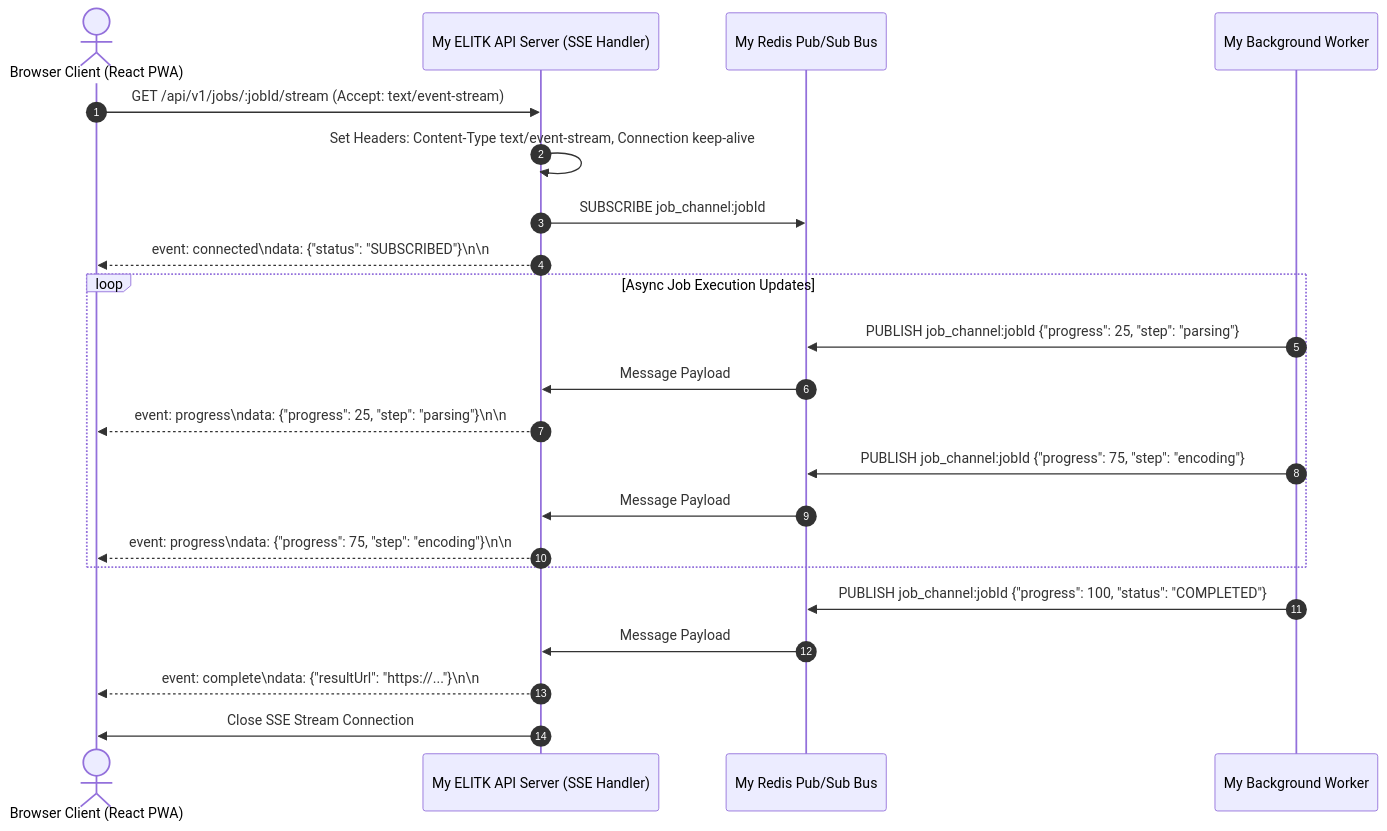
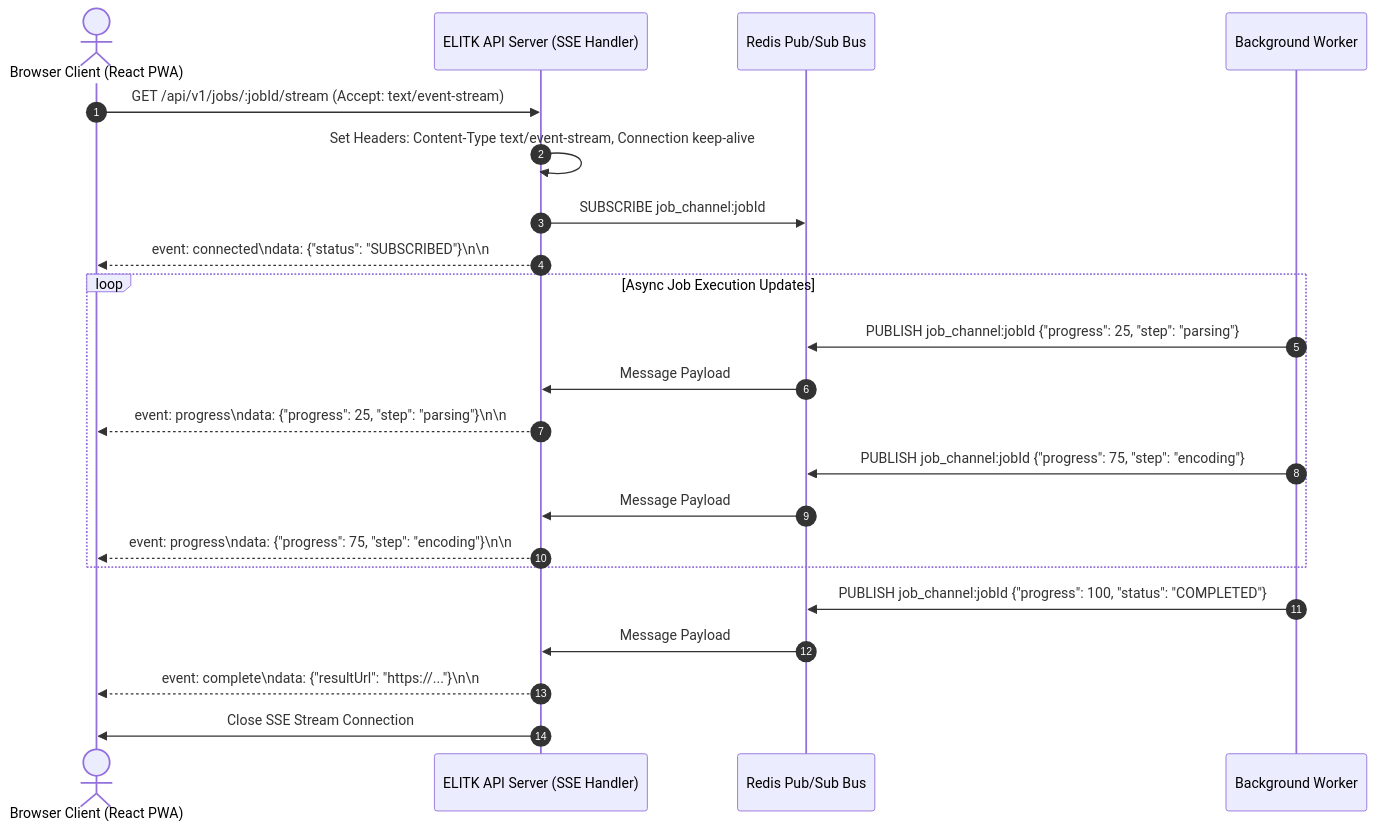
Before and after one commit to mohamedosamaai/mohamedosamaai: the second of 3 diagrams in .github/wiki/Data-Flow-and-Sequence.md, drawn with Mermaid. The commit also changed other lines of this file and 14 other files, not shown here.

Commit message:
docs(readme): overhaul architecture showcase and purge redundant pronouns

````diff
--- a/.github/wiki/Data-Flow-and-Sequence.md
+++ b/.github/wiki/Data-Flow-and-Sequence.md
@@ -43,28 +43,28 @@
 ```mermaid
 sequenceDiagram
     autonumber
     actor Client as Browser Client (React PWA)
-    participant API as My ELITK API Server (SSE Handler)
-    participant Redis as My Redis Pub/Sub Bus
-    participant Worker as My Background Worker
+    participant API as ELITK API Server (SSE Handler)
+    participant Redis as Redis Pub/Sub Bus
+    participant Worker as Background Worker
 
     Client->>API: GET /api/v1/jobs/:jobId/stream (Accept: text/event-stream)
     API->>API: Set Headers: Content-Type text/event-stream, Connection keep-alive
     API->>Redis: SUBSCRIBE job_channel:jobId
     API-->>Client: event: connected\ndata: {"status": "SUBSCRIBED"}\n\n
 
     loop Async Job Execution Updates
         Worker->>Redis: PUBLISH job_channel:jobId {"progress": 25, "step": "parsing"}
         Redis->>API: Message Payload
         API-->>Client: event: progress\ndata: {"progress": 25, "step": "parsing"}\n\n
         
         Worker->>Redis: PUBLISH job_channel:jobId {"progress": 75, "step": "encoding"}
         Redis->>API: Message Payload
         API-->>Client: event: progress\ndata: {"progress": 75, "step": "encoding"}\n\n
     end
 
     Worker->>Redis: PUBLISH job_channel:jobId {"progress": 100, "status": "COMPLETED"}
     Redis->>API: Message Payload
     API-->>Client: event: complete\ndata: {"resultUrl": "https://..."}\n\n
     API->>Client: Close SSE Stream Connection
 ```
````
